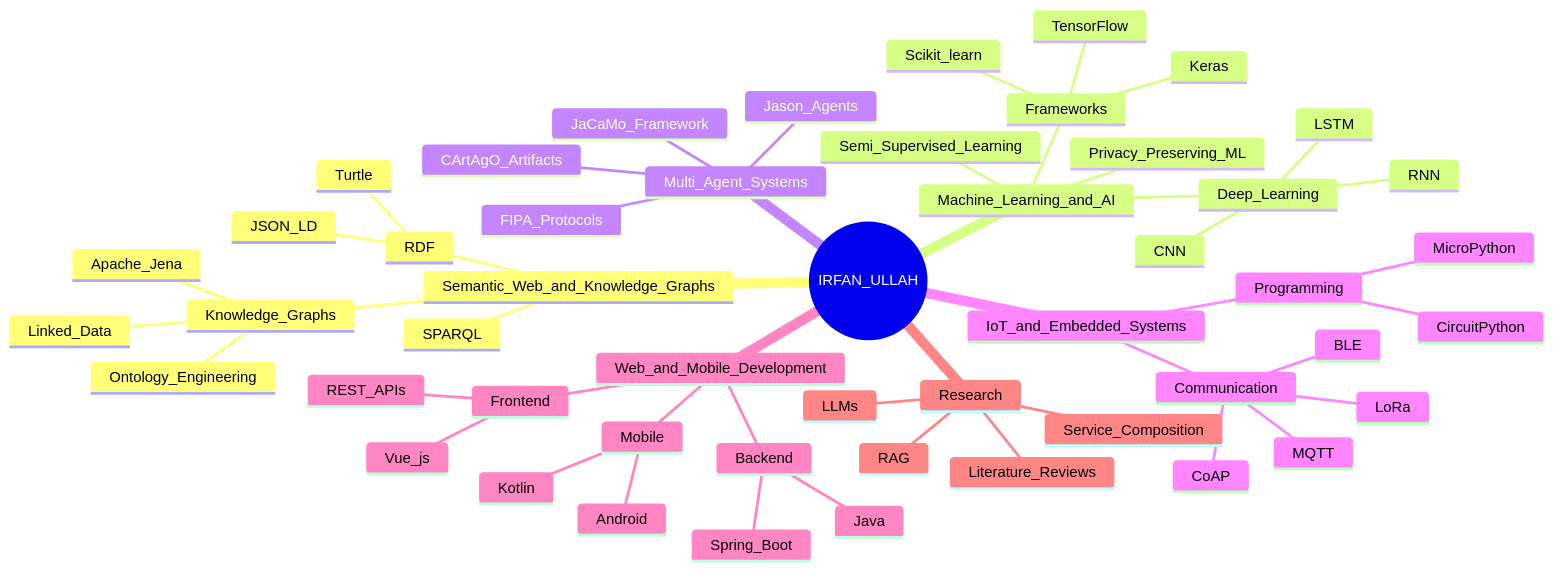
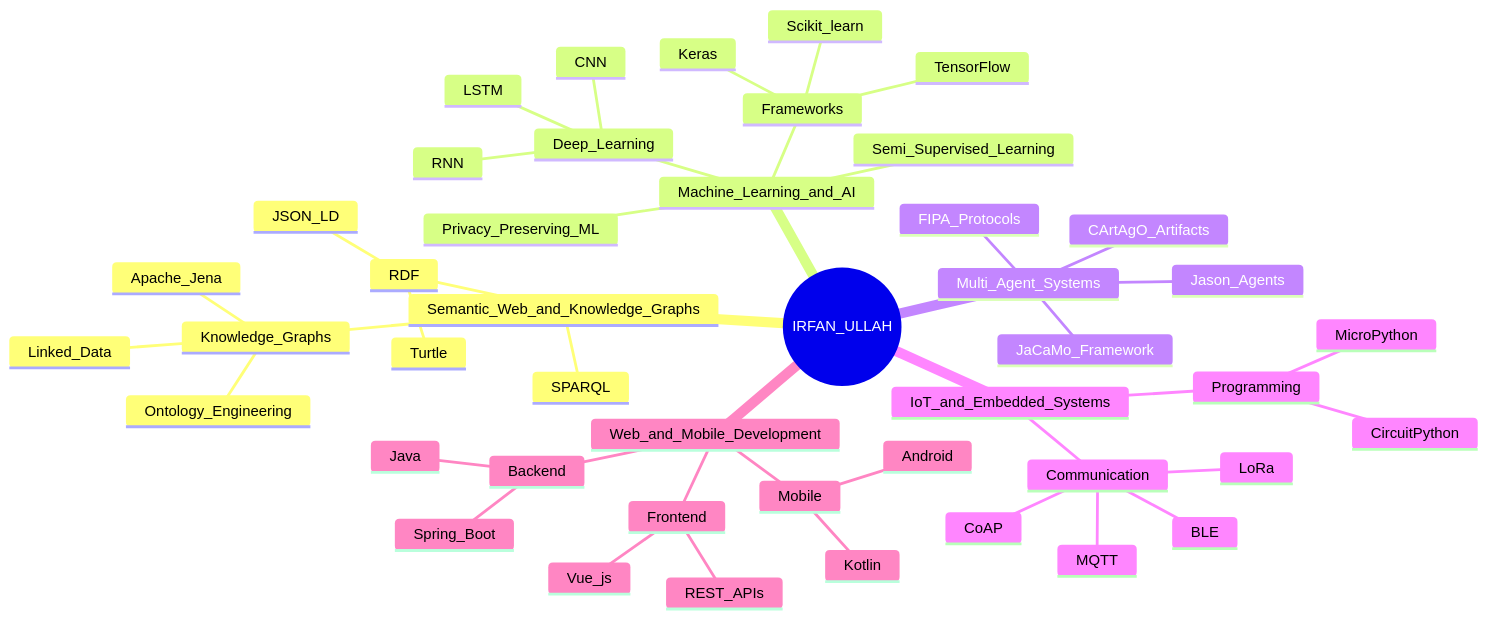
One commit to Irfan-Ullah-cs/Irfan-Ullah-cs changed the diagram in README.md. Above: the diagram before and after it, drawn with Mermaid.

````diff
--- a/README.md
+++ b/README.md
@@ -84,55 +84,50 @@
 ```mermaid
 mindmap
 root((IRFAN_ULLAH))
     Semantic_Web_and_Knowledge_Graphs
       RDF
         Turtle
         JSON_LD
       SPARQL
       Knowledge_Graphs
         Apache_Jena
         Ontology_Engineering
         Linked_Data
     Machine_Learning_and_AI
       Deep_Learning
         CNN
         RNN
         LSTM
       Frameworks
         TensorFlow
         Keras
         Scikit_learn
       Privacy_Preserving_ML
       Semi_Supervised_Learning
     Multi_Agent_Systems
       JaCaMo_Framework
       Jason_Agents
       CArtAgO_Artifacts
       FIPA_Protocols
     IoT_and_Embedded_Systems
       Programming
         MicroPython
         CircuitPython
       Communication
         MQTT
         CoAP
         BLE
         LoRa
     Web_and_Mobile_Development
       Backend
         Spring_Boot
         Java
       Frontend
         Vue_js
         REST_APIs
       Mobile
         Kotlin
         Android
-    Research
-      LLMs
-      RAG
-      Service_Composition
-      Literature_Reviews
 
 
 ```
````
